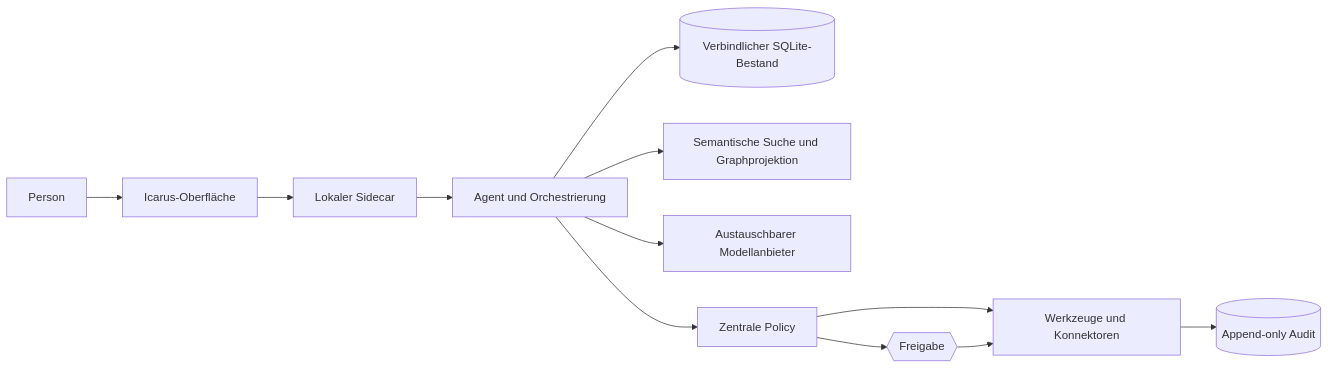
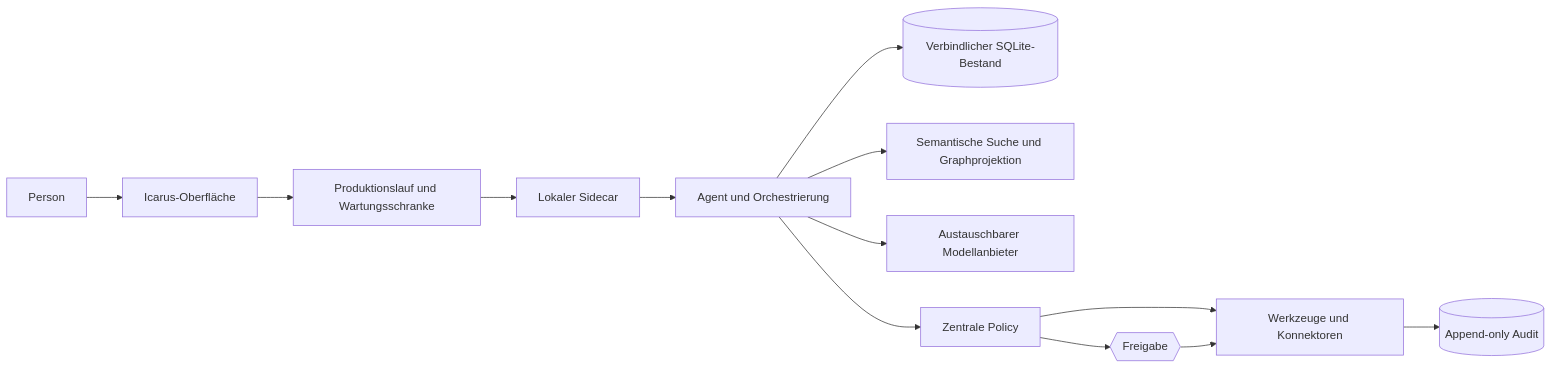
One commit to Icarus-health/Icarus changed the first of 2 diagrams in docs/01-architektur.md. Above: the diagram before and after it, drawn with Mermaid. The commit also changed other lines of this file, not shown here.

Commit message:
Wartungsschranke und Plattformgrenze dokumentieren

````diff
--- a/docs/01-architektur.md
+++ b/docs/01-architektur.md
@@ -43,16 +50,17 @@
 ```mermaid
 flowchart LR
     U[Person] --> UI[Icarus-Oberfläche]
-    UI --> API[Lokaler Sidecar]
+    UI --> RUNTIME[Produktionslauf und Wartungsschranke]
+    RUNTIME --> API[Lokaler Sidecar]
     API --> ORCH[Agent und Orchestrierung]
 
     ORCH --> STORE[(Verbindlicher SQLite-Bestand)]
     ORCH --> INDEX[Semantische Suche und Graphprojektion]
     ORCH --> PROVIDER[Austauschbarer Modellanbieter]
     ORCH --> POLICY[Zentrale Policy]
 
     POLICY --> TOOLS[Werkzeuge und Konnektoren]
     POLICY --> APPROVAL{{Freigabe}}
     TOOLS --> AUDIT[(Append-only Audit)]
     APPROVAL --> TOOLS
 ```
````
